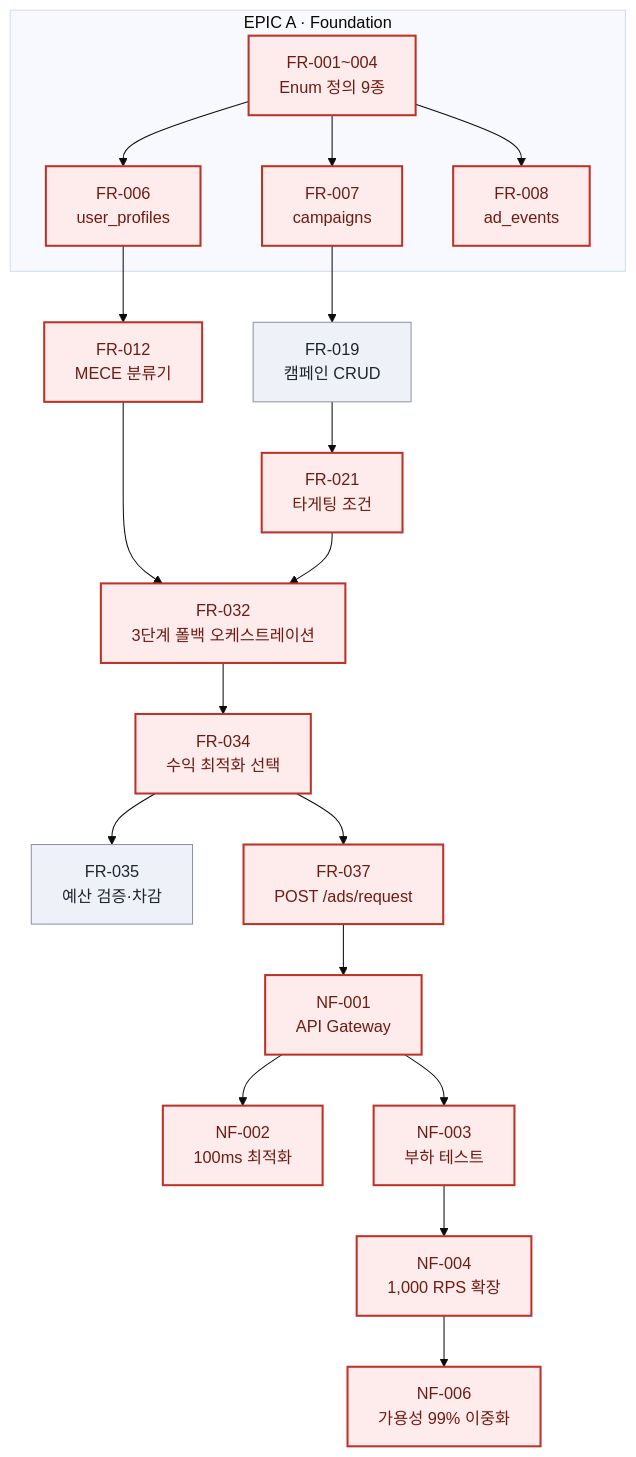
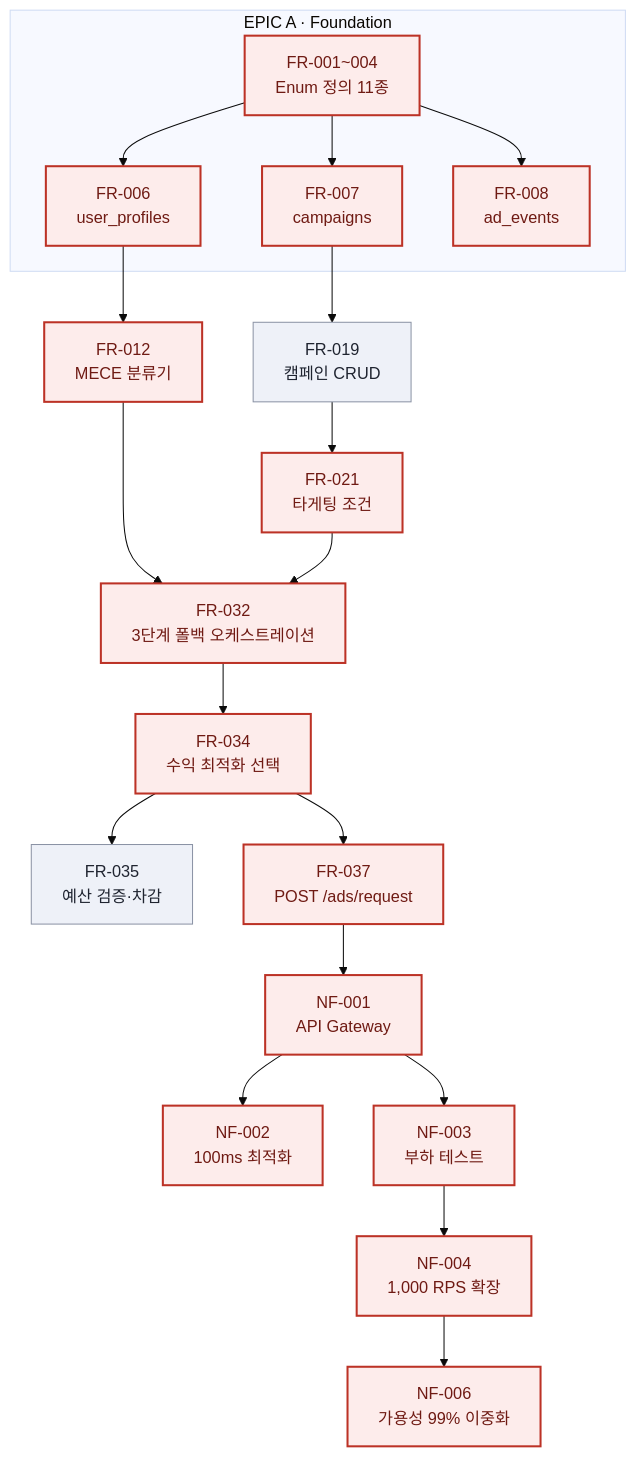
One commit to STERNYUL/AI_PLACE_MATE changed the second of 5 diagrams in TASKS-adtech-mvp-v1.0.md. Above: the diagram before and after it, drawn with Mermaid (base theme). The commit also changed other lines of this file, not shown here.

First line of the commit message:
feat(docs): 요구사항 커버리지 검증 절 신설 + enum 개수 정정

````diff
--- a/TASKS-adtech-mvp-v1.0.md
+++ b/TASKS-adtech-mvp-v1.0.md
@@ -233,46 +234,46 @@
 ```mermaid
 graph TD
   subgraph FOUND["EPIC A · Foundation"]
-    E1["FR-001~004<br/>Enum 정의 9종"]
+    E1["FR-001~004<br/>Enum 정의 11종"]
     S1["FR-006<br/>user_profiles"]
     S2["FR-007<br/>campaigns"]
     S3["FR-008<br/>ad_events"]
   end
 
   MECE["FR-012<br/>MECE 분류기"]
   CRUD["FR-019<br/>캠페인 CRUD"]
   TGT["FR-021<br/>타게팅 조건"]
 
   FB["FR-032<br/>3단계 폴백 오케스트레이션"]
   YO["FR-034<br/>수익 최적화 선택"]
   BG["FR-035<br/>예산 검증·차감"]
   REQ["FR-037<br/>POST /ads/request"]
 
   GW["NF-001<br/>API Gateway"]
   PERF["NF-002<br/>100ms 최적화"]
   LOAD["NF-003<br/>부하 테스트"]
   SCALE["NF-004<br/>1,000 RPS 확장"]
   HA["NF-006<br/>가용성 99% 이중화"]
 
   E1 --> S1
   E1 --> S2
   E1 --> S3
   S1 --> MECE
   S2 --> CRUD
   CRUD --> TGT
   MECE --> FB
   TGT --> FB
   FB --> YO
   YO --> BG
   YO --> REQ
   REQ --> GW
   GW --> PERF
   GW --> LOAD
   LOAD --> SCALE
   SCALE --> HA
 
   classDef crit fill:#fdeceb,stroke:#bc3226,stroke-width:2px,color:#6f1a13
   classDef plain fill:#eef1f8,stroke:#8b93a5,color:#1f2430
   class E1,S1,S2,S3,MECE,TGT,FB,YO,REQ,GW,PERF,LOAD,SCALE,HA crit
   class CRUD,BG plain
 ```
````
